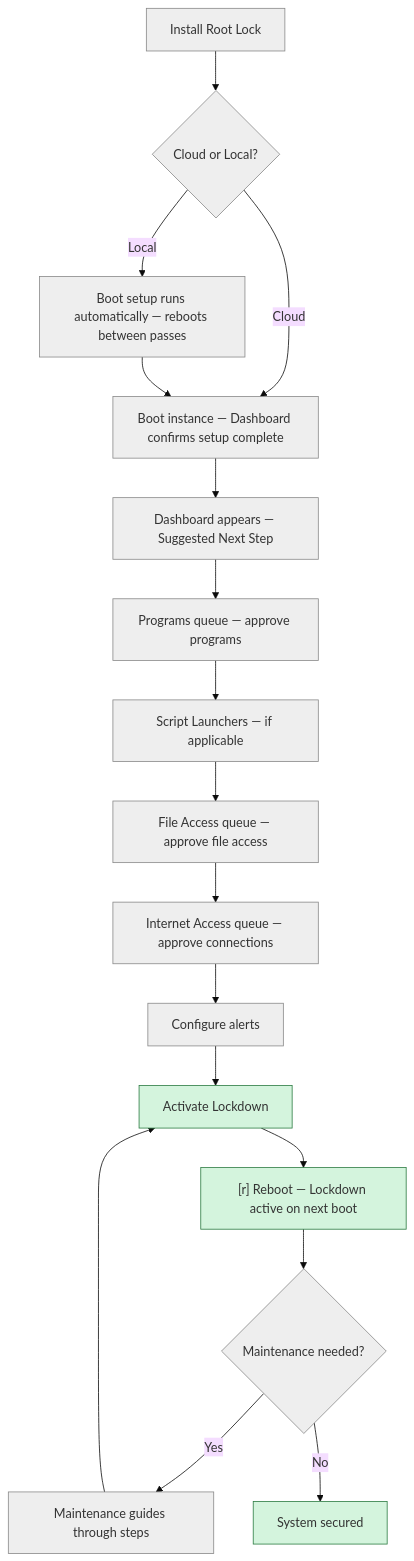
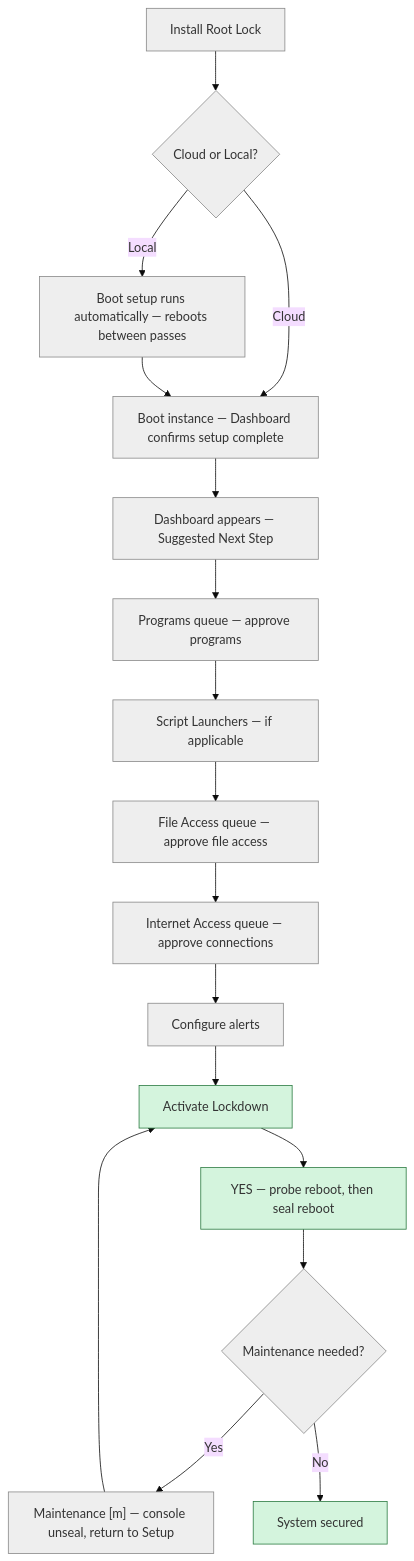
The diagram in content/en/docs/introduction/setup-overview/_index.md (HeartSecuritySuite/heartsuite-docs), drawn with Mermaid (base theme) before and after one commit. The commit also changed other lines of this file and 4 other files, not shown here.

````diff
--- a/content/en/docs/introduction/setup-overview/_index.md
+++ b/content/en/docs/introduction/setup-overview/_index.md
@@ -60,35 +62,35 @@
 ```mermaid
 graph TD
     A[Install Root Lock] --> B{Cloud or Local?}
     B -- Cloud --> C[Boot instance — Dashboard confirms setup complete]
     B -- Local --> D["Boot setup runs automatically — reboots between passes"]
     D --> C
     C --> E[Dashboard appears — Suggested Next Step]
     E --> F["Programs queue — approve programs"]
     F --> G["Script Launchers — if applicable"]
     G --> H["File Access queue — approve file access"]
     H --> I["Internet Access queue — approve connections"]
     I --> J["Configure alerts"]
     J --> K["Activate Lockdown"]
-    K --> L["[r] Reboot — Lockdown active on next boot"]
+    K --> L["YES — probe reboot, then seal reboot"]
     L --> M{Maintenance needed?}
-    M -- Yes --> N["Maintenance guides through steps"]
+    M -- Yes --> N["Maintenance [m] — console unseal, return to Setup"]
     N --> K
     M -- No --> O[System secured]
 
     style A fill:#eee,stroke:#888
     style B fill:#eee,stroke:#888
     style C fill:#eee,stroke:#888
     style D fill:#eee,stroke:#888
     style E fill:#eee,stroke:#888
     style F fill:#eee,stroke:#888
     style G fill:#eee,stroke:#888
     style H fill:#eee,stroke:#888
     style I fill:#eee,stroke:#888
     style J fill:#eee,stroke:#888
     style M fill:#eee,stroke:#888
     style N fill:#eee,stroke:#888
     style K fill:#d4f4dd,stroke:#2a7a40
     style L fill:#d4f4dd,stroke:#2a7a40
     style O fill:#d4f4dd,stroke:#2a7a40
 ```
````
